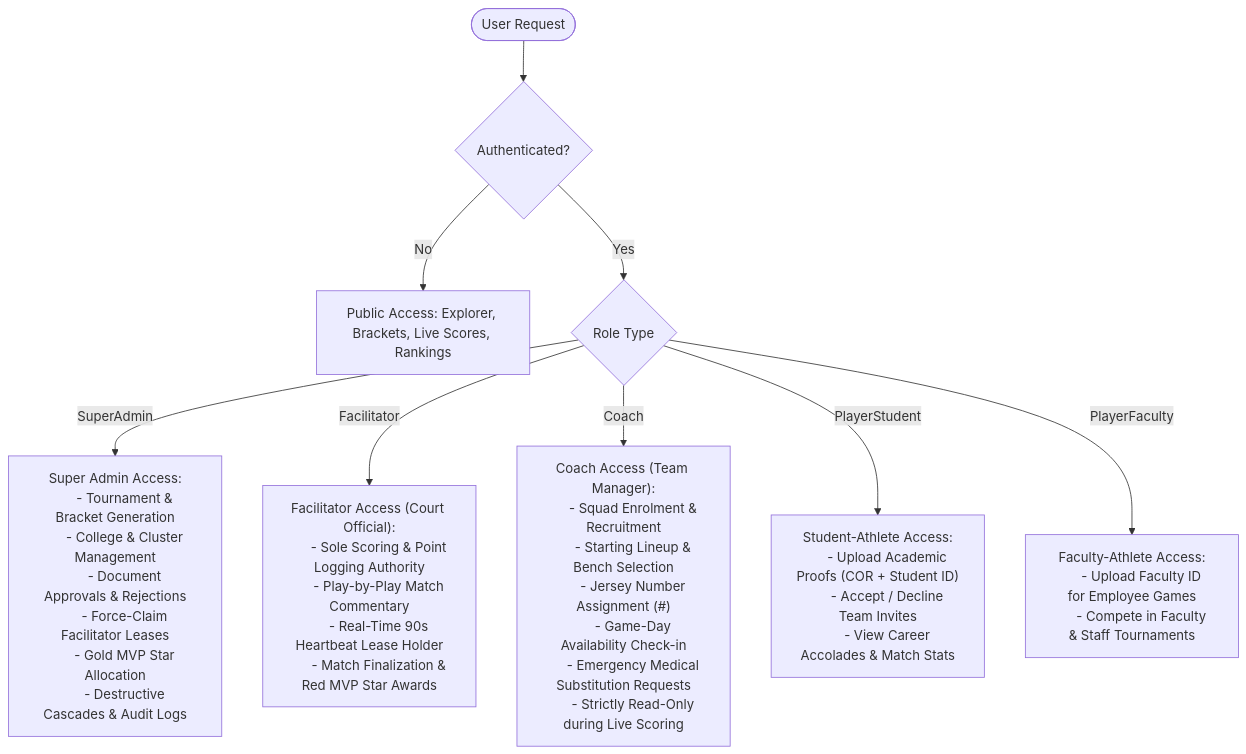
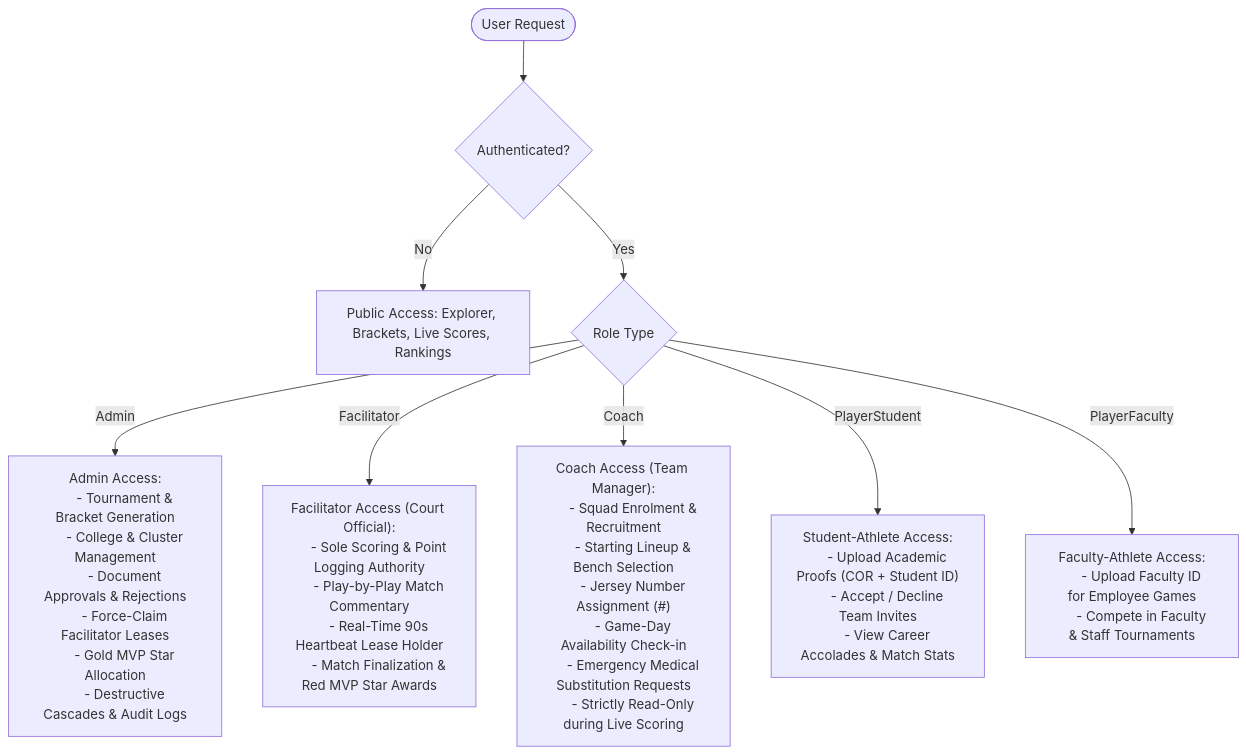
Before and after one commit to sudo-marco-dev/PSU-SportsTrack: the second of 2 diagrams in CONTEXT.md, drawn with Mermaid. The commit also changed other lines of this file and 33 other files, not shown here.

First line of the commit message:
feat(auth): standardize super administrator to admin and integrate legal policies

````diff
--- a/CONTEXT.md
+++ b/CONTEXT.md
@@ -91,37 +91,37 @@
 ```mermaid
 graph TD
     User([User Request]) --> CheckAuth{Authenticated?}
     CheckAuth -- No --> PublicAccess[Public Access: Explorer, Brackets, Live Scores, Rankings]
     CheckAuth -- Yes --> RoleCheck{Role Type}
     
-    RoleCheck -- SuperAdmin --> SuperAdminPerms["Super Admin Access:
+    RoleCheck -- Admin --> AdminPerms["Admin Access:
       - Tournament & Bracket Generation
       - College & Cluster Management
       - Document Approvals & Rejections
       - Force-Claim Facilitator Leases
       - Gold MVP Star Allocation
       - Destructive Cascades & Audit Logs"]
       
     RoleCheck -- Facilitator --> FaciPerms["Facilitator Access (Court Official):
       - Sole Scoring & Point Logging Authority
       - Play-by-Play Match Commentary
       - Real-Time 90s Heartbeat Lease Holder
       - Match Finalization & Red MVP Star Awards"]
       
     RoleCheck -- Coach --> CoachPerms["Coach Access (Team Manager):
       - Squad Enrolment & Recruitment
       - Starting Lineup & Bench Selection
       - Jersey Number Assignment (#)
       - Game-Day Availability Check-in
       - Emergency Medical Substitution Requests
       - Strictly Read-Only during Live Scoring"]
       
     RoleCheck -- PlayerStudent --> PlayerPerms["Student-Athlete Access:
       - Upload Academic Proofs (COR + Student ID)
       - Accept / Decline Team Invites
       - View Career Accolades & Match Stats"]
 
     RoleCheck -- PlayerFaculty --> FacultyPerms["Faculty-Athlete Access:
       - Upload Faculty ID for Employee Games
       - Compete in Faculty & Staff Tournaments"]
 ```
````
